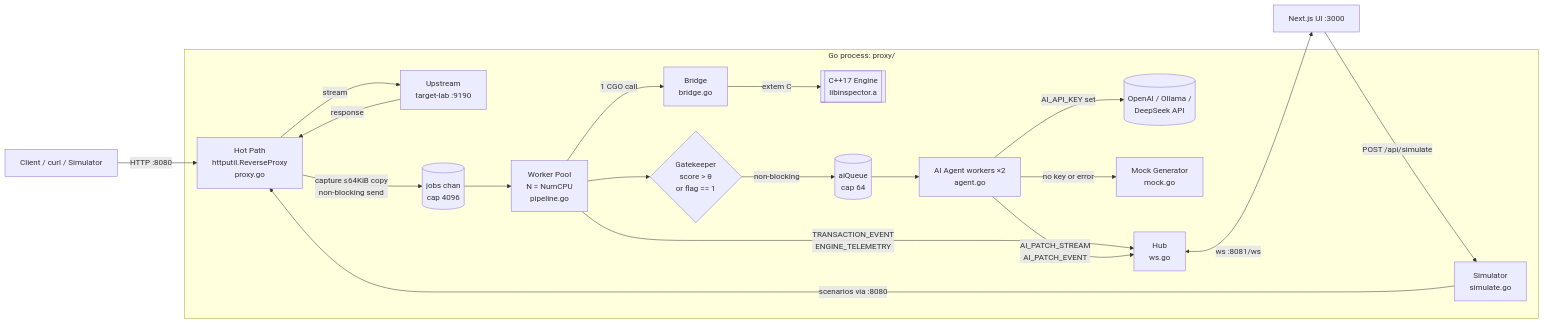
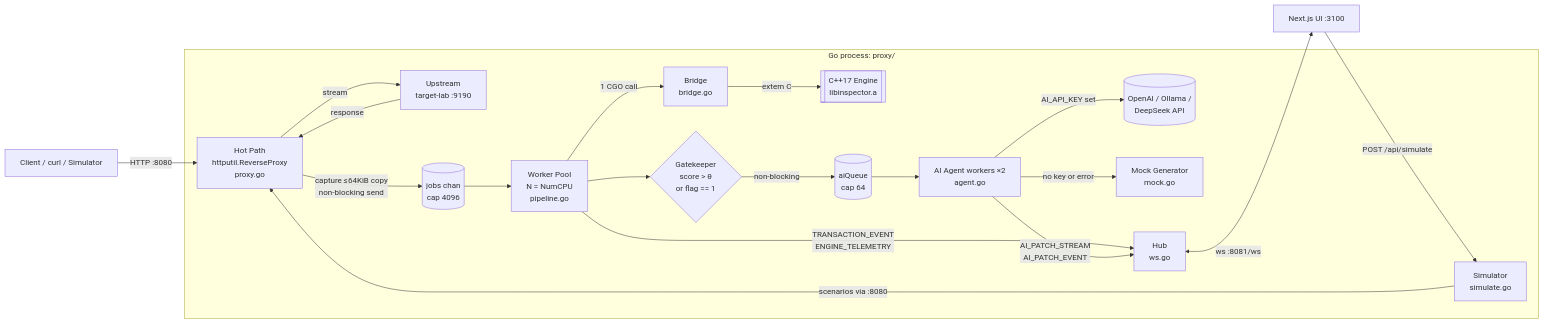
The first of 3 diagrams in .kiro/specs/netchimera/design.md (fzrilsh/nerchimera), drawn with Mermaid before and after one commit. The commit also changed other lines of this file and 15 other files, not shown here.

````diff
--- a/.kiro/specs/netchimera/design.md
+++ b/.kiro/specs/netchimera/design.md
@@ -36,24 +36,24 @@
 ```mermaid
 flowchart LR
     C[Client / curl / Simulator] -->|HTTP :8080| HP
 
     subgraph PROXY["Go process: proxy/"]
         HP[Hot Path<br/>httputil.ReverseProxy<br/>proxy.go] -->|stream| UP
         HP -->|capture ≤64KiB copy<br/>non-blocking send| JQ[(jobs chan<br/>cap 4096)]
         JQ --> WP[Worker Pool<br/>N = NumCPU<br/>pipeline.go]
         WP -->|1 CGO call| BR[Bridge<br/>bridge.go]
         BR -->|extern C| EN[[C++17 Engine<br/>libinspector.a]]
         WP --> GK{Gatekeeper<br/>score > θ<br/>or flag == 1}
         GK -->|non-blocking| AQ[(aiQueue<br/>cap 64)]
         AQ --> AG[AI Agent workers ×2<br/>agent.go]
         AG -->|AI_API_KEY set| LLM[(OpenAI / Ollama /<br/>DeepSeek API)]
         AG -->|no key or error| MK[Mock Generator<br/>mock.go]
         WP -->|TRANSACTION_EVENT<br/>ENGINE_TELEMETRY| HUB[Hub<br/>ws.go]
         AG -->|AI_PATCH_STREAM<br/>AI_PATCH_EVENT| HUB
         SIM[Simulator<br/>simulate.go] -->|scenarios via :8080| HP
     end
 
     UP[Upstream<br/>target-lab :9190] -->|response| HP
-    HUB <-->|ws :8081/ws| UI[Next.js UI :3000]
+    HUB <-->|ws :8081/ws| UI[Next.js UI :3100]
     UI -->|POST /api/simulate| SIM
 ```
````
